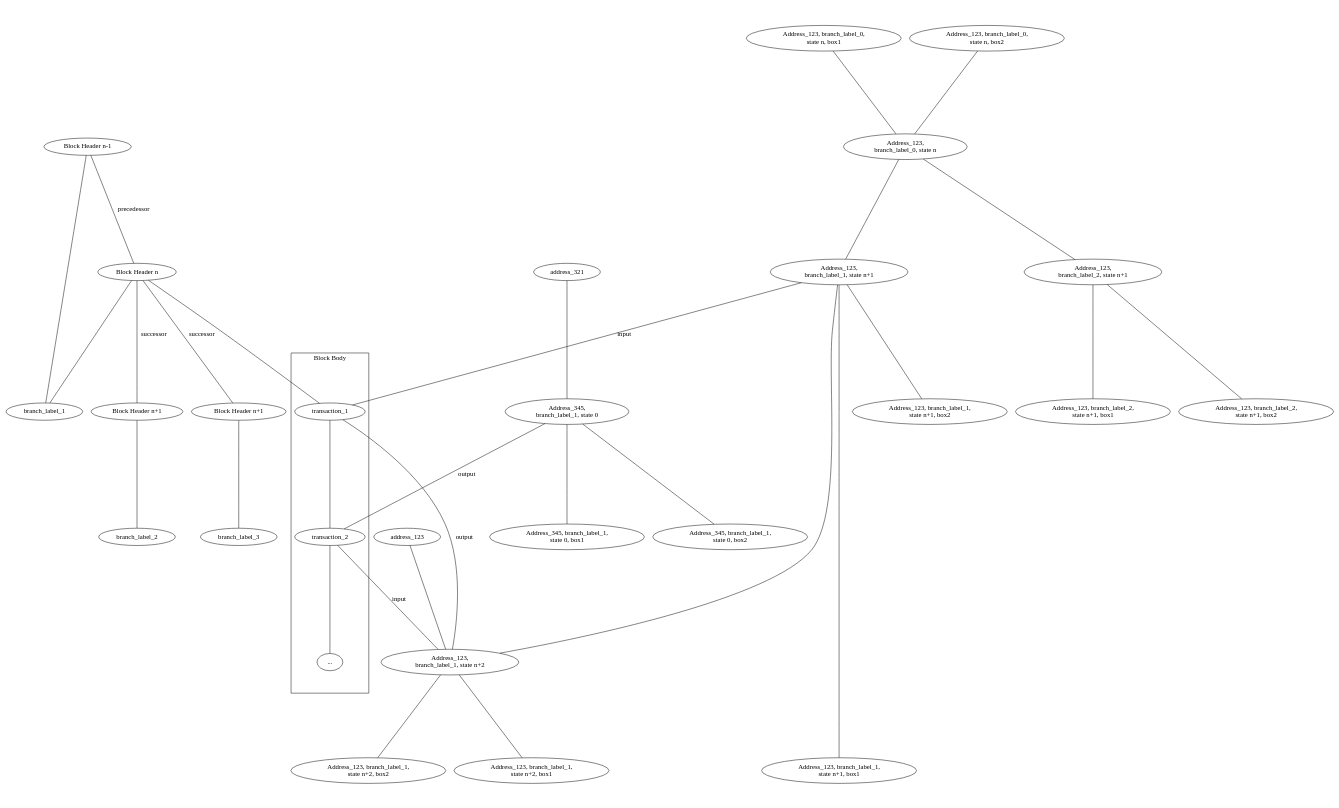
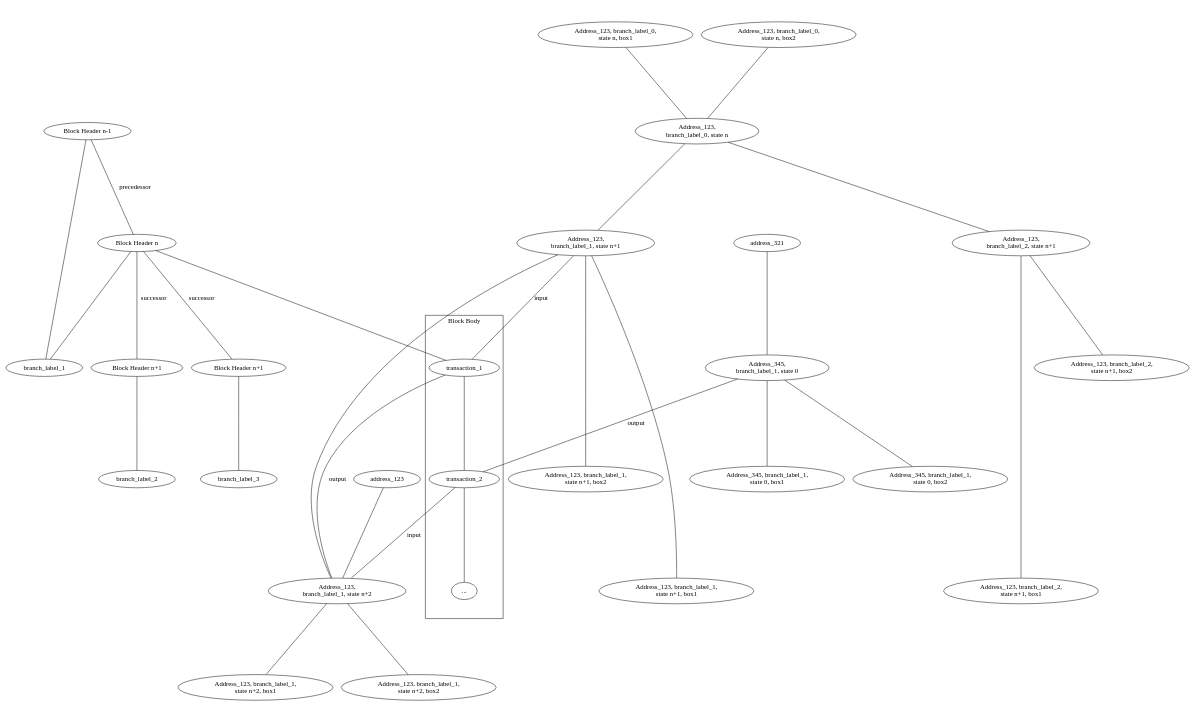
Before and after one commit to mgrand-topl/PlantUML_Sandbox: the diagram in genus_block_data_model.dot, drawn with Graphviz.

```diff
--- a/genus_block_data_model.dot
+++ b/genus_block_data_model.dot
@@ -1,32 +1,32 @@
 graph g {
   ratio= 0.6;
   compound=true;
   "Block Header n" [label="Block Header n"]
   "Block Header n-1" -- branch_label_1
   "Block Header n-1" -- "Block Header n" [label = "precedessor"];
   "Block Header n" -- "Block Header n+1" [label = "successor"]
   "Block Header n" -- "Block Header n+1 " [label = "successor"]
   "Block Header n" -- branch_label_1
   "Block Header n" -- transaction_1
   "Block Header n+1" -- branch_label_2
   "Block Header n+1 " -- branch_label_3
 
   subgraph cluster00 {
     label = "Block Body"
     transaction_1 -- transaction_2 -- "...";
   }
   {"Address_123, branch_label_0,\nstate n, box1" "Address_123, branch_label_0,\nstate n, box2"} -- "Address_123,\nbranch_label_0, state n"
   "Address_123,\nbranch_label_0, state n" --  {"Address_123,\nbranch_label_1, state n+1" "Address_123,\nbranch_label_2, state n+1"}
-  "Address_123,\nbranch_label_1, state n+1" -- "Address_123, branch_label_1,\nstate n+1, box1" [minlen="4"]
-  "Address_123,\nbranch_label_1, state n+1" -- "Address_123, branch_label_1,\nstate n+1, box2"
-  "Address_123,\nbranch_label_2, state n+1" -- "Address_123, branch_label_2,\nstate n+1, box1" [minlength="4"]
+  "Address_123,\nbranch_label_1, state n+1" -- "Address_123, branch_label_1,\nstate n+1, box1" [minlen="3"]
+  "Address_123,\nbranch_label_1, state n+1" -- "Address_123, branch_label_1,\nstate n+1, box2" [minlen="2"]
+  "Address_123,\nbranch_label_2, state n+1" -- "Address_123, branch_label_2,\nstate n+1, box1" [minlen="3"]
   "Address_123,\nbranch_label_2, state n+1" -- "Address_123, branch_label_2,\nstate n+1, box2"
   "Address_123,\nbranch_label_1, state n+1" -- transaction_1 [label="input"]
   "Address_123,\nbranch_label_1, state n+1" -- "Address_123,\nbranch_label_1, state n+2" -- {"Address_123, branch_label_1,\nstate n+2, box1" "Address_123, branch_label_1,\nstate n+2, box2"}
   transaction_1 -- "Address_123,\nbranch_label_1, state n+2" [label = "output"]
   transaction_2 -- "Address_123,\nbranch_label_1, state n+2" [label="input"]
   address_123 -- "Address_123,\nbranch_label_1, state n+2"
   "Address_345,\nbranch_label_1, state 0" -- transaction_2 [label="output"]
   "Address_345,\nbranch_label_1, state 0" -- {"Address_345, branch_label_1,\nstate 0, box1" "Address_345, branch_label_1,\nstate 0, box2"}
   "address_321" -- "Address_345,\nbranch_label_1, state 0"
 }
```
